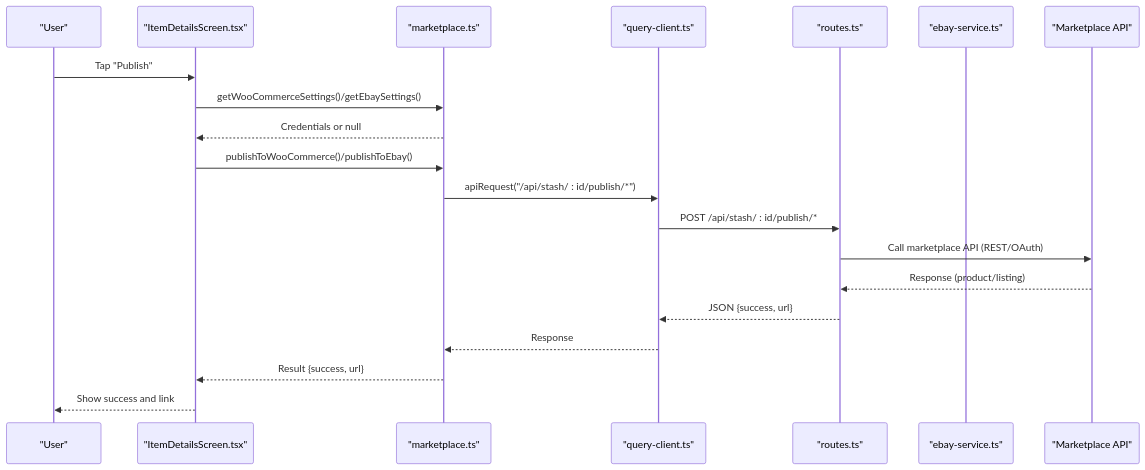
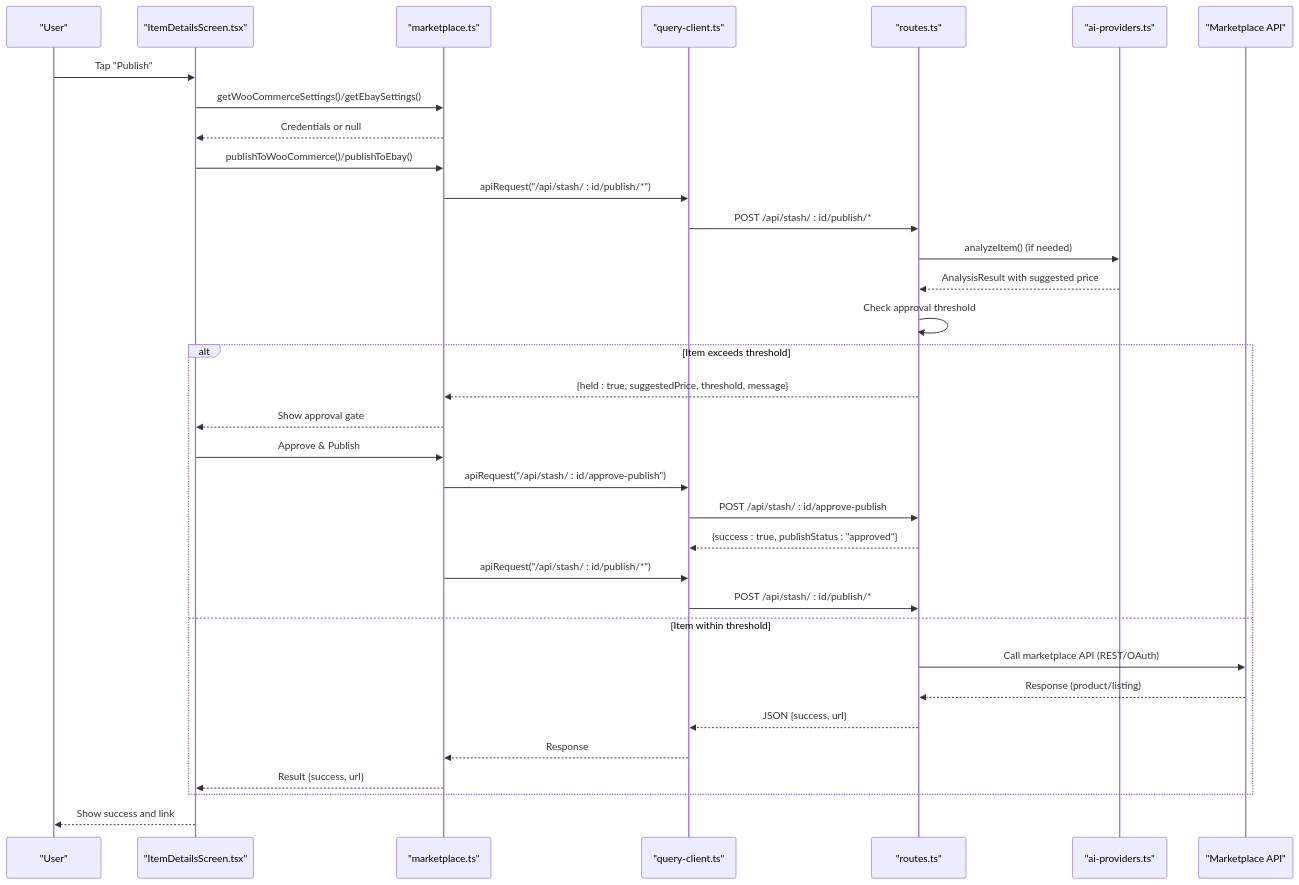
The second of 6 diagrams in .qoder/repowiki/en/content/Marketplace Integration/Marketplace Integration.md (hunglevi87/Hidden-Gem), drawn with Mermaid before and after one commit. The commit also changed other lines of this file and 5 other files, not shown here.

````diff
--- a/.qoder/repowiki/en/content/Marketplace Integration/Marketplace Integration.md
+++ b/.qoder/repowiki/en/content/Marketplace Integration/Marketplace Integration.md
@@ -119,22 +162,36 @@
 ```mermaid
 sequenceDiagram
 participant U as "User"
 participant UI as "ItemDetailsScreen.tsx"
 participant CL as "marketplace.ts"
 participant QC as "query-client.ts"
 participant SV as "routes.ts"
-participant EB as "ebay-service.ts"
+participant AI as "ai-providers.ts"
 participant MKT as "Marketplace API"
 U->>UI : Tap "Publish"
 UI->>CL : getWooCommerceSettings()/getEbaySettings()
 CL-->>UI : Credentials or null
 UI->>CL : publishToWooCommerce()/publishToEbay()
 CL->>QC : apiRequest("/api/stash/ : id/publish/*")
 QC->>SV : POST /api/stash/ : id/publish/*
+SV->>AI : analyzeItem() (if needed)
+AI-->>SV : AnalysisResult with suggested price
+SV->>SV : Check approval threshold
+alt Item exceeds threshold
+SV-->>CL : {held : true, suggestedPrice, threshold, message}
+CL-->>UI : Show approval gate
+UI->>CL : Approve & Publish
+CL->>QC : apiRequest("/api/stash/ : id/approve-publish")
+QC->>SV : POST /api/stash/ : id/approve-publish
+SV-->>QC : {success : true, publishStatus : "approved"}
+CL->>QC : apiRequest("/api/stash/ : id/publish/*")
+QC->>SV : POST /api/stash/ : id/publish/*
+else Item within threshold
 SV->>MKT : Call marketplace API (REST/OAuth)
 MKT-->>SV : Response (product/listing)
 SV-->>QC : JSON {success, url}
 QC-->>CL : Response
 CL-->>UI : Result {success, url}
+end
 UI-->>U : Show success and link
 ```
````
